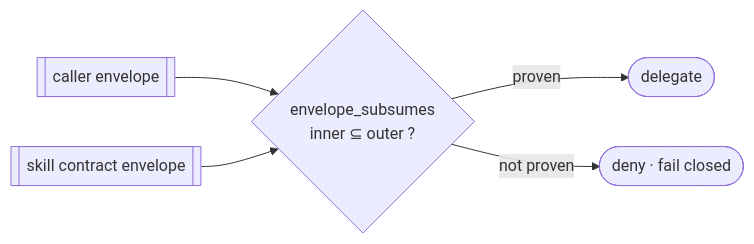
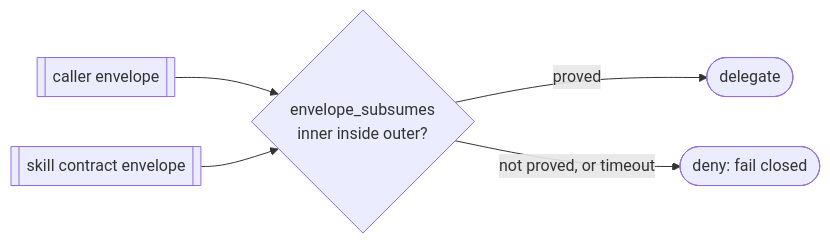
Before and after one commit to levitatingflyfisher/openDaisugi: the fifth of 6 diagrams in docs/architecture/OVERVIEW.md, drawn with Mermaid. The commit also changed other lines of this file and 1918 other files, not shown here.

````diff
--- a/docs/architecture/OVERVIEW.md
+++ b/docs/architecture/OVERVIEW.md
@@ -193,7 +286,7 @@
 ```mermaid
 flowchart LR
-    caller[[caller envelope]] --> subs{envelope_subsumes<br/>inner ⊆ outer ?}
+    caller[[caller envelope]] --> subs{envelope_subsumes<br/>inner inside outer?}
     skill[[skill contract envelope]] --> subs
-    subs -- proven --> allow([delegate])
-    subs -- not proven --> deny([deny · fail closed])
+    subs -- proved --> allow([delegate])
+    subs -- not proved, or timeout --> deny([deny: fail closed])
 ```
````
